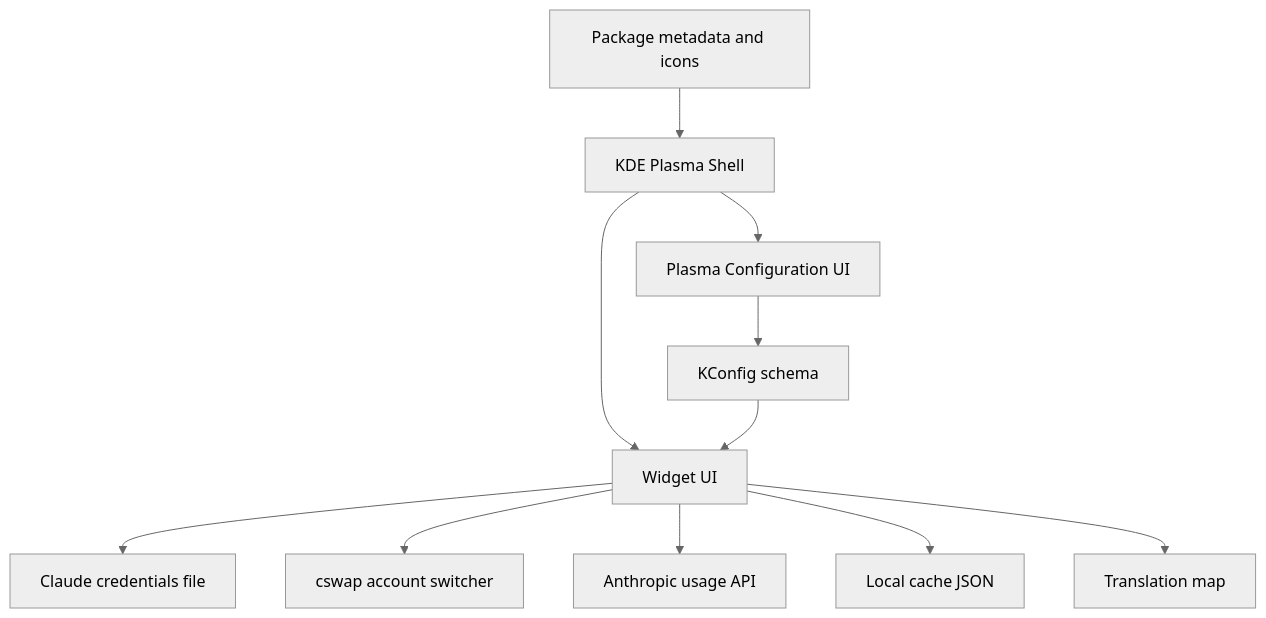
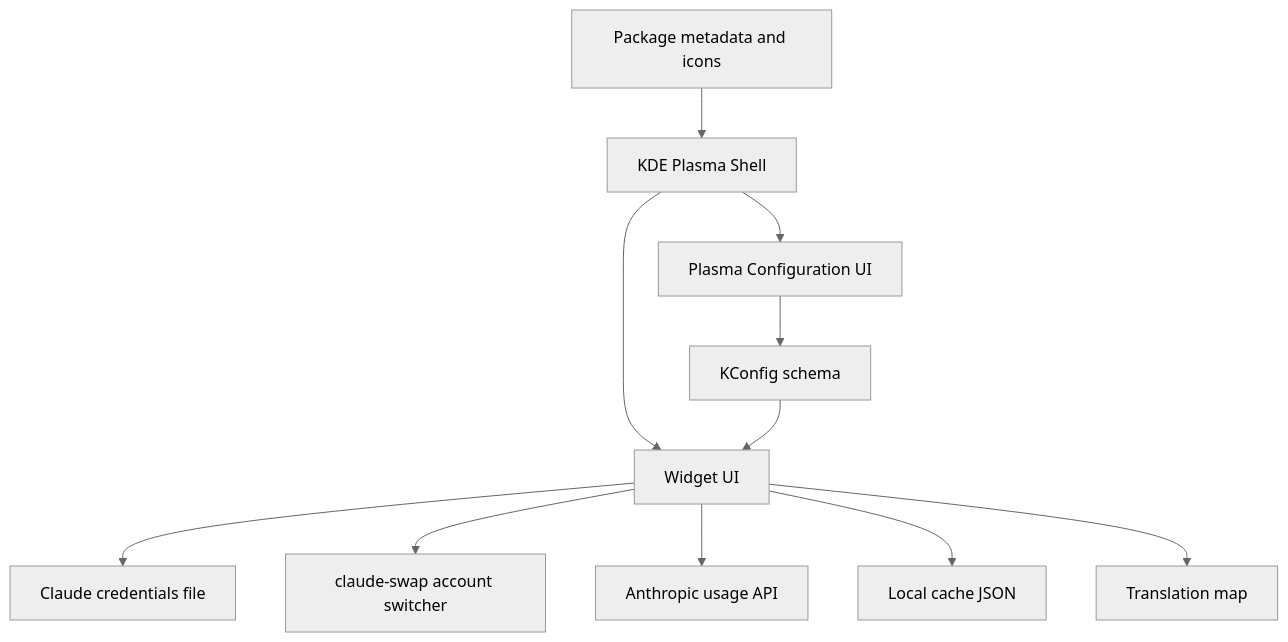
Before and after one commit to ark3us/plasma-claude-usage: the first of 2 diagrams in docs/high-level-design.md, drawn with Mermaid (neutral theme). The commit also changed other lines of this file and 10 other files, not shown here.

Commit message:
docs: prefer claude-swap naming

````diff
--- a/docs/high-level-design.md
+++ b/docs/high-level-design.md
@@ -9,13 +9,13 @@
 ```mermaid
 graph TD
     P[KDE Plasma Shell] --> W[Widget UI]
     P --> C[Plasma Configuration UI]
     C --> S[KConfig schema]
     S --> W
     W --> F[Claude credentials file]
-    W --> CS[cswap account switcher]
+    W --> CS[claude-swap account switcher]
     W --> A[Anthropic usage API]
     W --> L[Local cache JSON]
     W --> T[Translation map]
     M[Package metadata and icons] --> P
 ```
````
